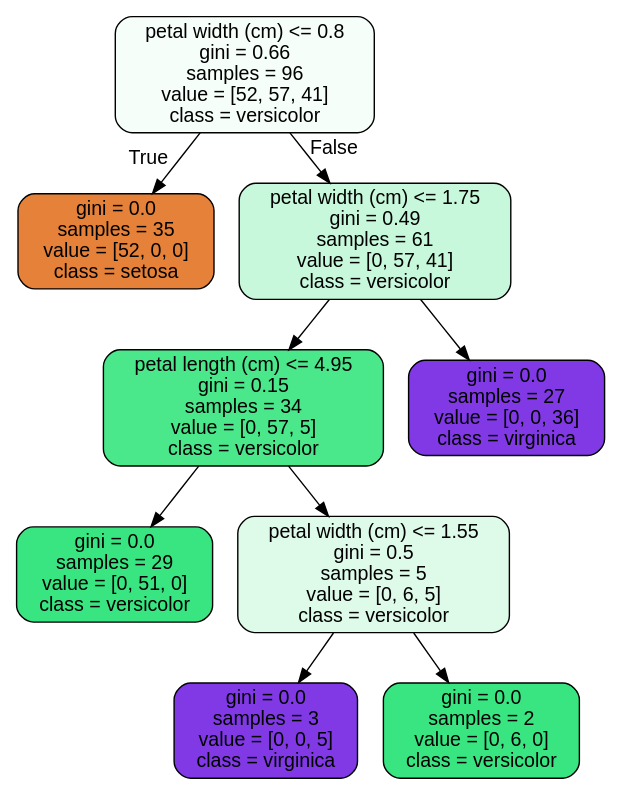
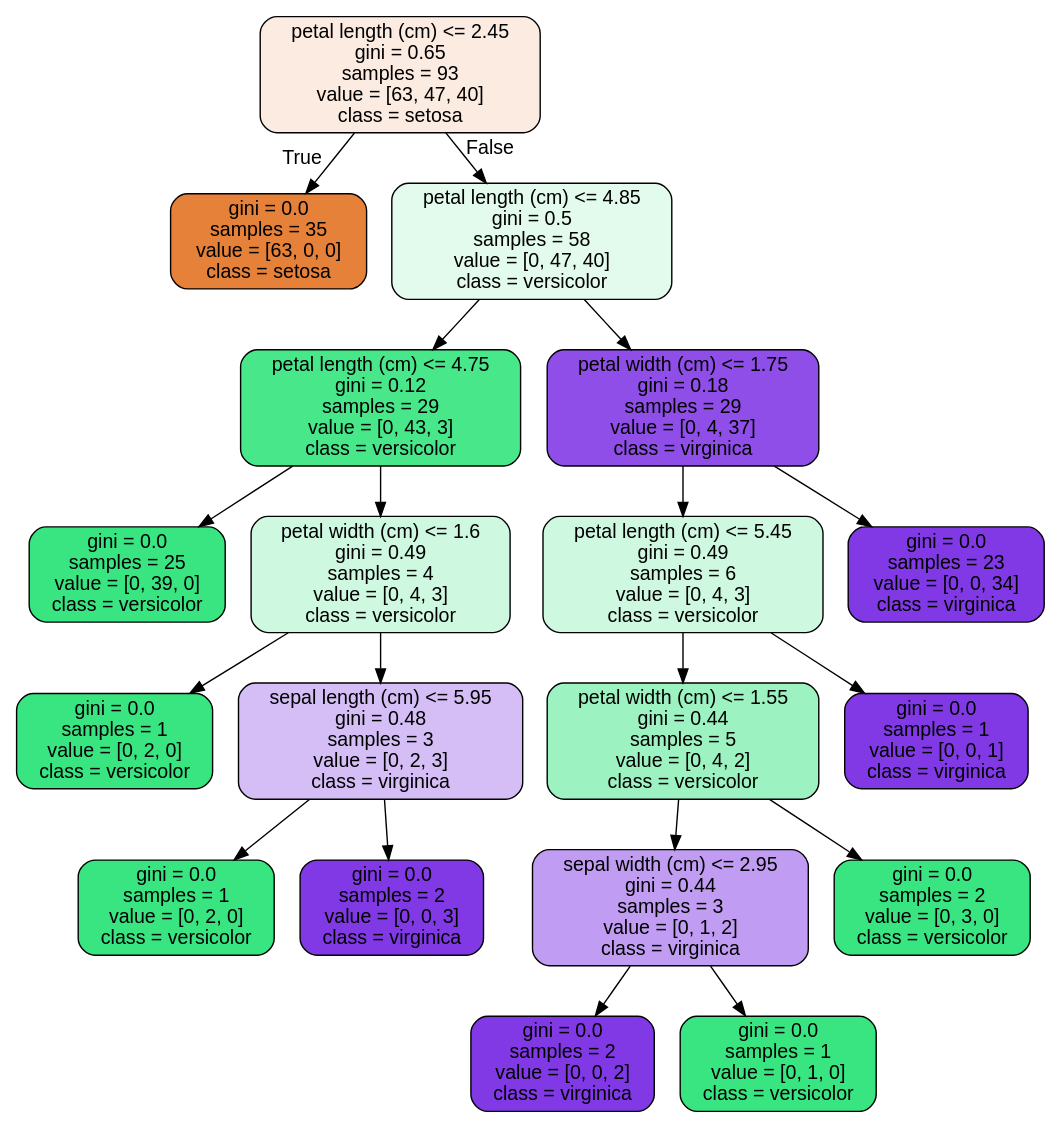
The diagram in tree.dot (cogentdom/Random_Forest), drawn with Graphviz before and after one commit. The commit also changed 3 other files, not shown here.

```diff
--- a/tree.dot
+++ b/tree.dot
@@ -1,21 +1,41 @@
 digraph Tree {
 node [shape=box, style="filled, rounded", color="black", fontname=helvetica] ;
 edge [fontname=helvetica] ;
-0 [label="petal width (cm) <= 0.8\ngini = 0.66\nsamples = 96\nvalue = [52, 57, 41]\nclass = versicolor", fillcolor="#39e5810d"] ;
-1 [label="gini = 0.0\nsamples = 35\nvalue = [52, 0, 0]\nclass = setosa", fillcolor="#e58139ff"] ;
+0 [label="petal length (cm) <= 2.45\ngini = 0.65\nsamples = 93\nvalue = [63, 47, 40]\nclass = setosa", fillcolor="#fbebe0"] ;
+1 [label="gini = 0.0\nsamples = 35\nvalue = [63, 0, 0]\nclass = setosa", fillcolor="#e58139"] ;
 0 -> 1 [labeldistance=2.5, labelangle=45, headlabel="True"] ;
-2 [label="petal width (cm) <= 1.75\ngini = 0.49\nsamples = 61\nvalue = [0, 57, 41]\nclass = versicolor", fillcolor="#39e58148"] ;
+2 [label="petal length (cm) <= 4.85\ngini = 0.5\nsamples = 58\nvalue = [0, 47, 40]\nclass = versicolor", fillcolor="#e2fbec"] ;
 0 -> 2 [labeldistance=2.5, labelangle=-45, headlabel="False"] ;
-3 [label="petal length (cm) <= 4.95\ngini = 0.15\nsamples = 34\nvalue = [0, 57, 5]\nclass = versicolor", fillcolor="#39e581e9"] ;
+3 [label="petal length (cm) <= 4.75\ngini = 0.12\nsamples = 29\nvalue = [0, 43, 3]\nclass = versicolor", fillcolor="#47e78a"] ;
 2 -> 3 ;
-4 [label="gini = 0.0\nsamples = 29\nvalue = [0, 51, 0]\nclass = versicolor", fillcolor="#39e581ff"] ;
+4 [label="gini = 0.0\nsamples = 25\nvalue = [0, 39, 0]\nclass = versicolor", fillcolor="#39e581"] ;
 3 -> 4 ;
-5 [label="petal width (cm) <= 1.55\ngini = 0.5\nsamples = 5\nvalue = [0, 6, 5]\nclass = versicolor", fillcolor="#39e5812a"] ;
+5 [label="petal width (cm) <= 1.6\ngini = 0.49\nsamples = 4\nvalue = [0, 4, 3]\nclass = versicolor", fillcolor="#cef8e0"] ;
 3 -> 5 ;
-6 [label="gini = 0.0\nsamples = 3\nvalue = [0, 0, 5]\nclass = virginica", fillcolor="#8139e5ff"] ;
+6 [label="gini = 0.0\nsamples = 1\nvalue = [0, 2, 0]\nclass = versicolor", fillcolor="#39e581"] ;
 5 -> 6 ;
-7 [label="gini = 0.0\nsamples = 2\nvalue = [0, 6, 0]\nclass = versicolor", fillcolor="#39e581ff"] ;
+7 [label="sepal length (cm) <= 5.95\ngini = 0.48\nsamples = 3\nvalue = [0, 2, 3]\nclass = virginica", fillcolor="#d5bdf6"] ;
 5 -> 7 ;
-8 [label="gini = 0.0\nsamples = 27\nvalue = [0, 0, 36]\nclass = virginica", fillcolor="#8139e5ff"] ;
-2 -> 8 ;
+8 [label="gini = 0.0\nsamples = 1\nvalue = [0, 2, 0]\nclass = versicolor", fillcolor="#39e581"] ;
+7 -> 8 ;
+9 [label="gini = 0.0\nsamples = 2\nvalue = [0, 0, 3]\nclass = virginica", fillcolor="#8139e5"] ;
+7 -> 9 ;
+10 [label="petal width (cm) <= 1.75\ngini = 0.18\nsamples = 29\nvalue = [0, 4, 37]\nclass = virginica", fillcolor="#8f4ee8"] ;
+2 -> 10 ;
+11 [label="petal length (cm) <= 5.45\ngini = 0.49\nsamples = 6\nvalue = [0, 4, 3]\nclass = versicolor", fillcolor="#cef8e0"] ;
+10 -> 11 ;
+12 [label="petal width (cm) <= 1.55\ngini = 0.44\nsamples = 5\nvalue = [0, 4, 2]\nclass = versicolor", fillcolor="#9cf2c0"] ;
+11 -> 12 ;
+13 [label="sepal width (cm) <= 2.95\ngini = 0.44\nsamples = 3\nvalue = [0, 1, 2]\nclass = virginica", fillcolor="#c09cf2"] ;
+12 -> 13 ;
+14 [label="gini = 0.0\nsamples = 2\nvalue = [0, 0, 2]\nclass = virginica", fillcolor="#8139e5"] ;
+13 -> 14 ;
+15 [label="gini = 0.0\nsamples = 1\nvalue = [0, 1, 0]\nclass = versicolor", fillcolor="#39e581"] ;
+13 -> 15 ;
+16 [label="gini = 0.0\nsamples = 2\nvalue = [0, 3, 0]\nclass = versicolor", fillcolor="#39e581"] ;
+12 -> 16 ;
+17 [label="gini = 0.0\nsamples = 1\nvalue = [0, 0, 1]\nclass = virginica", fillcolor="#8139e5"] ;
+11 -> 17 ;
+18 [label="gini = 0.0\nsamples = 23\nvalue = [0, 0, 34]\nclass = virginica", fillcolor="#8139e5"] ;
+10 -> 18 ;
 }
```
